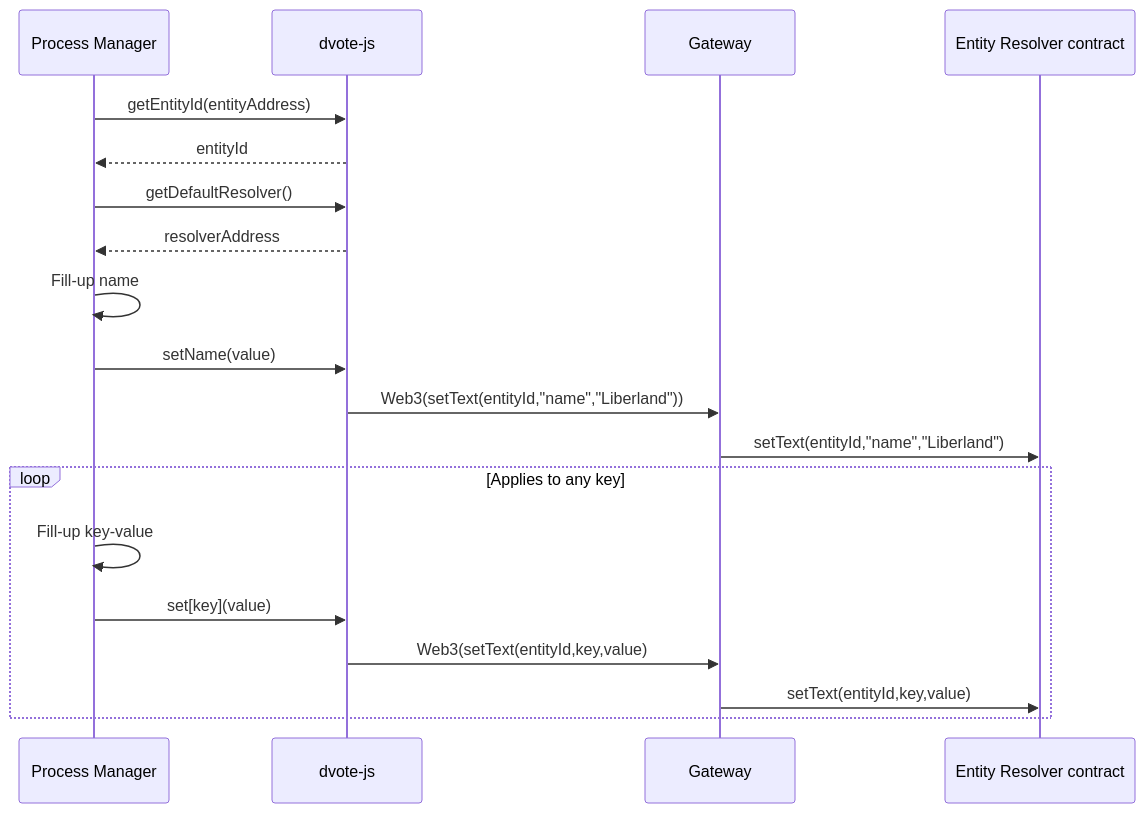
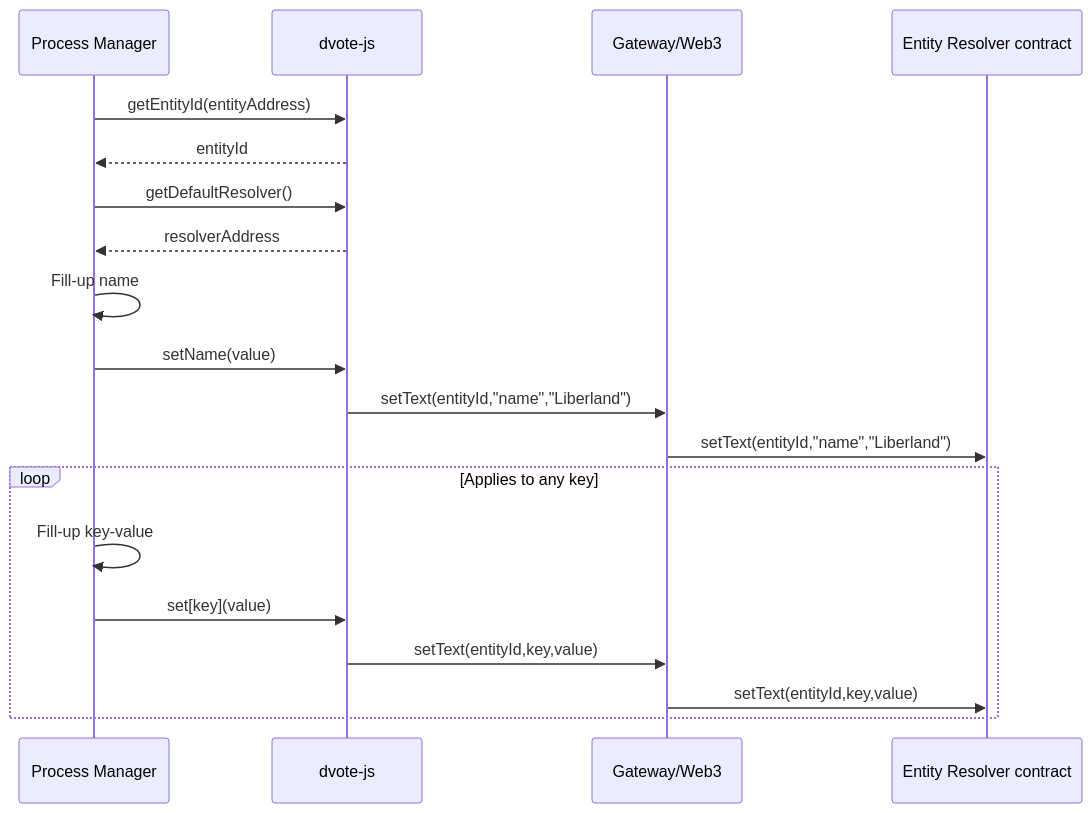
One commit to vocdoni/docs changed the third of 15 diagrams in docs/protocol/sequence-diagrams.md. Above: the diagram before and after it, drawn with Mermaid. The commit also changed other lines of this file and 1 other file, not shown here.

Commit message:
added addCensusClaim, getCensusRoot, censusDump to GW RPC methods, updated sequence dias to show Web3 as available enpoint

````diff
--- a/docs/protocol/sequence-diagrams.md
+++ b/docs/protocol/sequence-diagrams.md
@@ -75,27 +75,27 @@
 ```mermaid
 
 sequenceDiagram
     participant PM as Process Manager
     participant DV as dvote-js
-    participant GW as Gateway
+    participant GW as Gateway/Web3
     participant ER as Entity Resolver contract
 
     PM->>DV: getEntityId(entityAddress)
     DV-->>PM: entityId
 
     PM->>DV: getDefaultResolver()
     DV-->>PM: resolverAddress
 
     PM->>PM: Fill-up name
     PM->>DV: setName(value)
-        DV->>GW: Web3(setText(entityId,"name","Liberland"))
+        DV->>GW: setText(entityId,"name","Liberland")
         GW->>ER: setText(entityId,"name","Liberland")
 
     loop Applies to any key
         PM->>PM: Fill-up key-value
         PM->>DV: set[key](value)
-        DV->>GW: Web3(setText(entityId,key,value)
+        DV->>GW: setText(entityId,key,value)
         GW->>ER: setText(entityId,key,value)
     end
 
 ```
````
